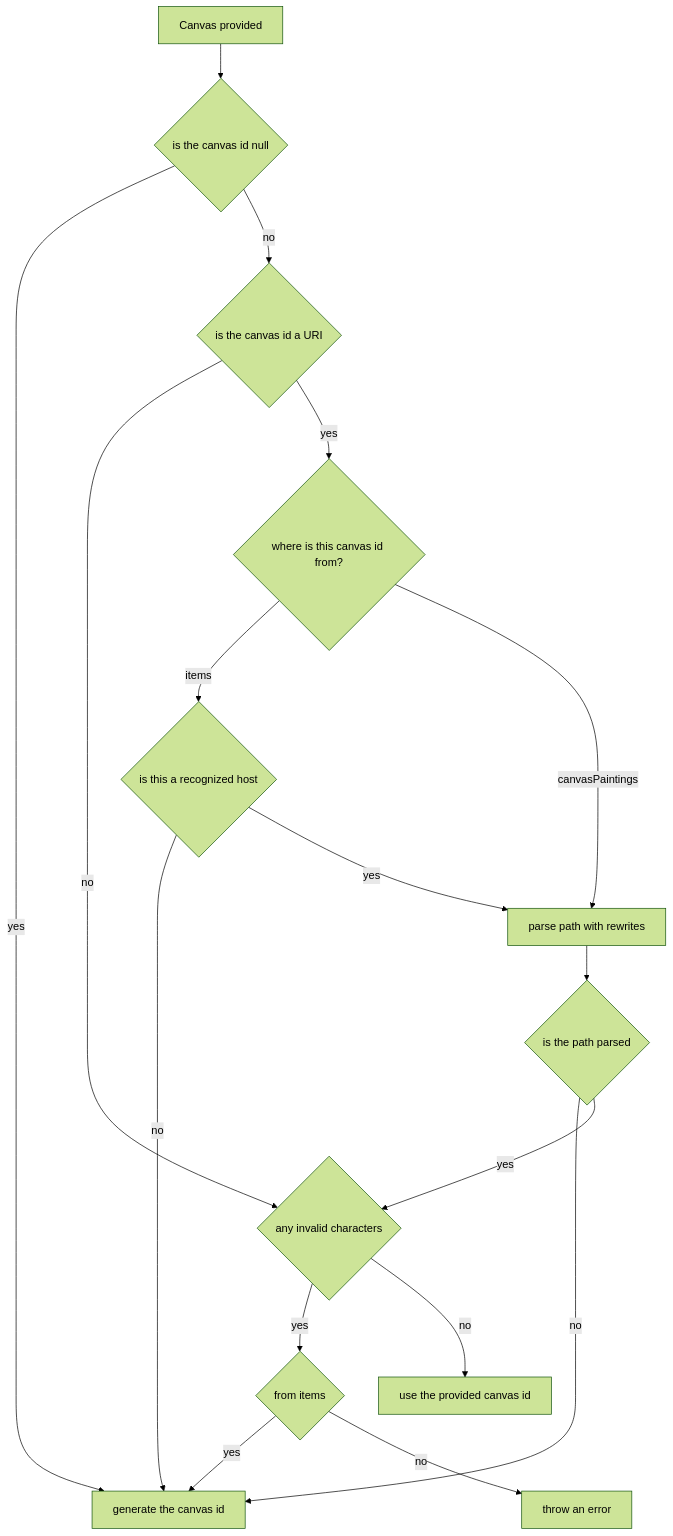
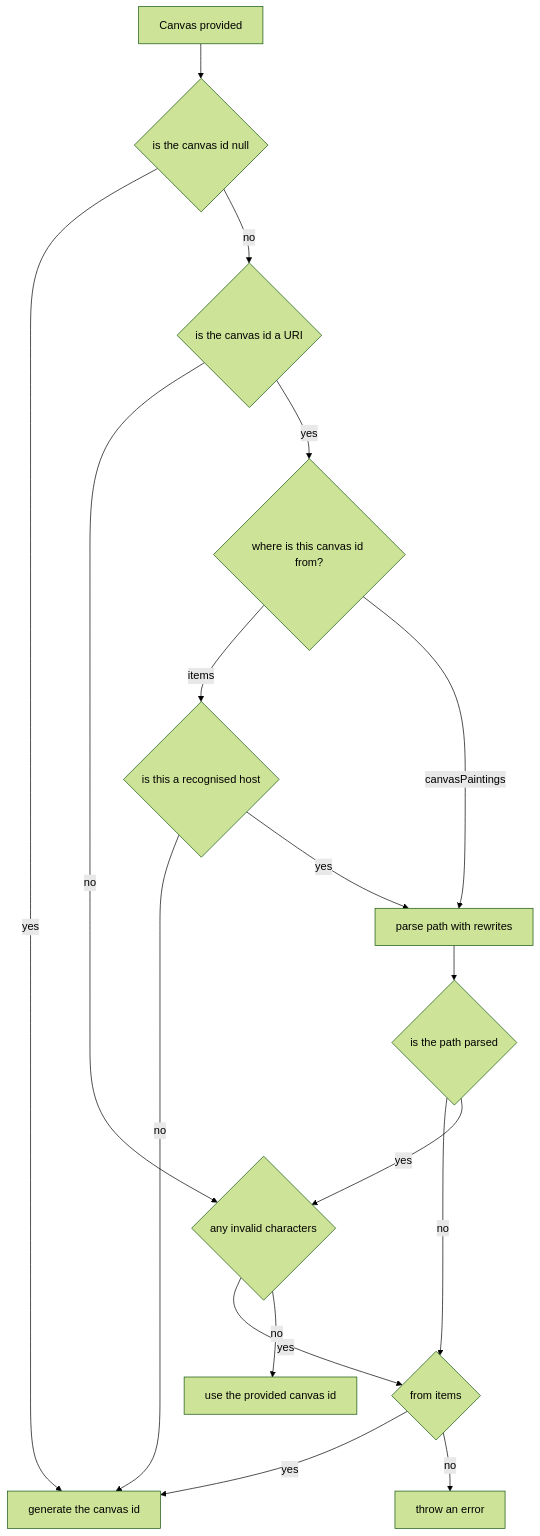
The diagram in docs/notes/canvas-id-parsing.md (dlcs/iiif-presentation), drawn with Mermaid (forest theme) before and after one commit. The commit also changed other lines of this file, not shown here.

Commit message:
update flowchart + add clarifications for "is known host"

````diff
--- a/docs/notes/canvas-id-parsing.md
+++ b/docs/notes/canvas-id-parsing.md
@@ -21,32 +21,32 @@
 ```mermaid
 flowchart TD
     first[Canvas provided]
     second{is the canvas id null}
     third[generate the canvas id]
     fourth{is the canvas id a URI}
     fifth{any invalid characters}
     sixth[use the provided canvas id]
     seventh{where is this canvas id from?}
-    eighth{is this a recognized host}
+    eighth{is this a recognised host}
     ninth[parse path with rewrites]
     tenth{is the path parsed}
     eleventh{from items}
     twelfth[throw an error]
 
     first --> second
     second -- yes --> third
     second -- no --> fourth
     fourth -- no --> fifth
     fifth -- yes --> eleventh
     fifth -- no --> sixth
     fourth -- yes --> seventh
     seventh -- items --> eighth
     eighth -- no --> third
     eighth -- yes --> ninth
     seventh -- canvasPaintings --> ninth
     ninth --> tenth
-    tenth -- no --> third
+    tenth -- no --> eleventh
     tenth -- yes --> fifth
     eleventh -- yes --> third
     eleventh -- no --> twelfth
 ```
````
